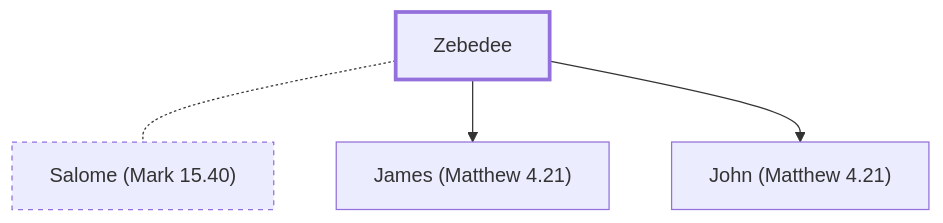
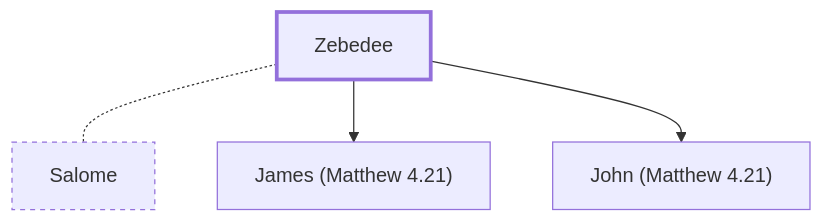
The diagram in connections/people/Zebedee.md (jeffdehut/Bible), drawn with Mermaid before and after one commit. The commit also changed other lines of this file and 18 other files, not shown here.

````diff
--- a/connections/people/Zebedee.md
+++ b/connections/people/Zebedee.md
@@ -34,12 +34,12 @@
 ```mermaid
 flowchart TB
   n0["Zebedee"]:::me
-  n1["Salome (Mark 15.40)"]:::spouse
+  n1["Salome"]:::spouse
   n0 -.- n1
   n2["James (Matthew 4.21)"]
   n0 --> n2
   n3["John (Matthew 4.21)"]
   n0 --> n3
   classDef me stroke-width:3px
   classDef spouse stroke-dasharray:4
 ```
````
